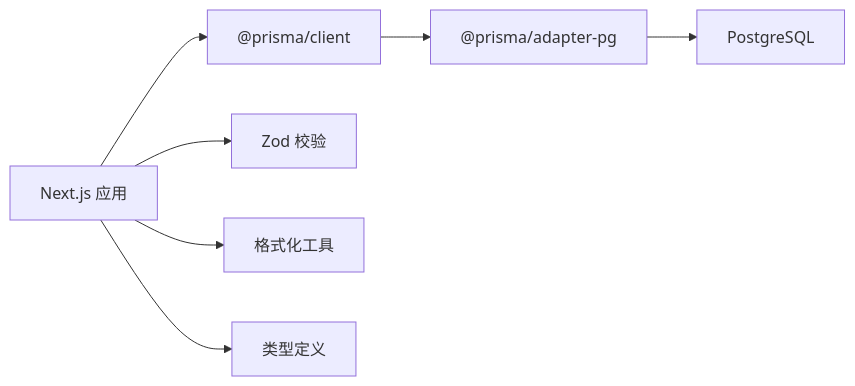
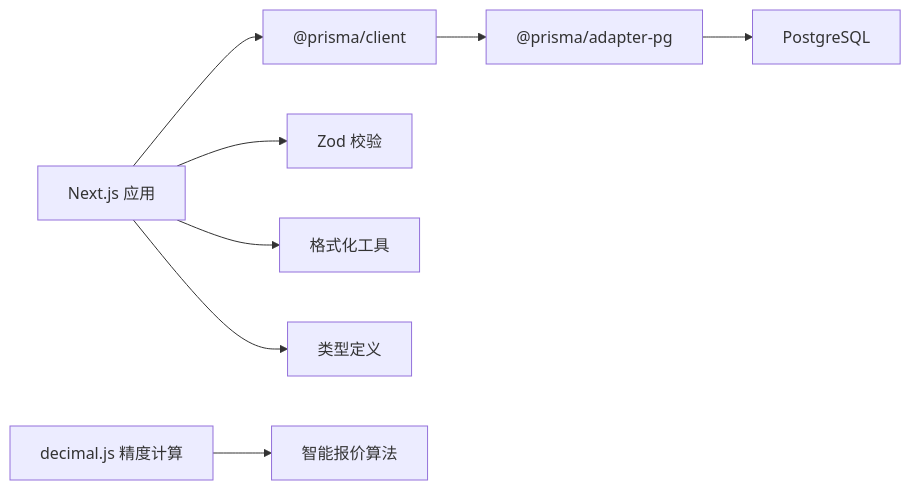
The ninth of 9 diagrams in .qoder/repowiki/zh/content/管理后台系统/订单管理系统.md (three3638-arch/celestia_2b), drawn with Mermaid before and after one commit. The commit also changed other lines of this file and 8 other files, not shown here.

````diff
--- a/.qoder/repowiki/zh/content/管理后台系统/订单管理系统.md
+++ b/.qoder/repowiki/zh/content/管理后台系统/订单管理系统.md
@@ -317,16 +366,19 @@
 ```mermaid
 graph LR
 NEXT["Next.js 应用"]
 PRISMA["@prisma/client"]
 ADAPTER["@prisma/adapter-pg"]
 PG["PostgreSQL"]
 ZOD["Zod 校验"]
 UTILS["格式化工具"]
 TYPES["类型定义"]
+DECIMAL["decimal.js 精度计算"]
+QUOTE["智能报价算法"]
 NEXT --> PRISMA
 PRISMA --> ADAPTER
 ADAPTER --> PG
 NEXT --> ZOD
 NEXT --> UTILS
 NEXT --> TYPES
+DECIMAL --> QUOTE
 ```
````
